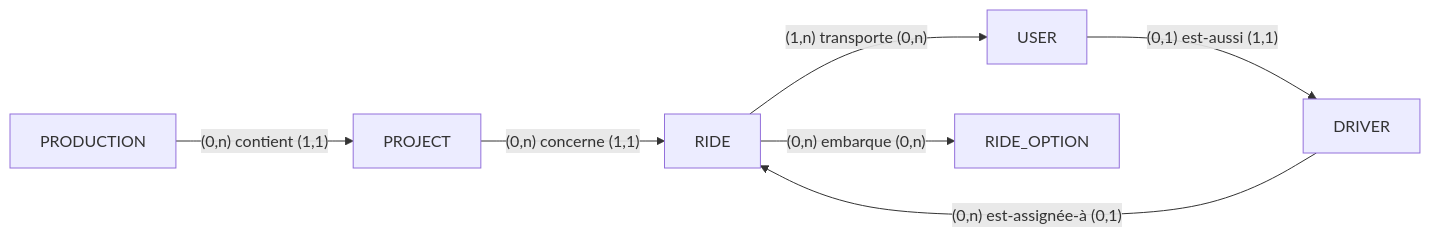
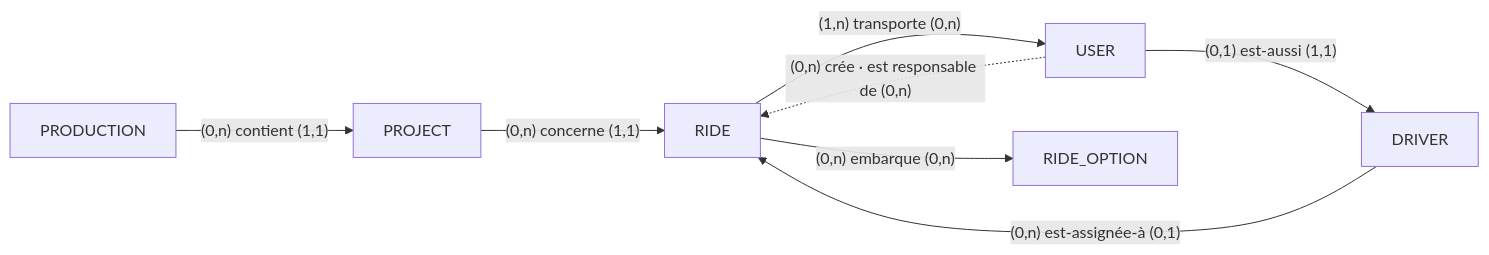
Before and after one commit to Mamoru-fr/AMT-Express: the fifth of 9 diagrams in documents/dossiers/dossierProjet/v1-complet/dossierProjetRNCP.md, drawn with Mermaid. The commit also changed other lines of this file, not shown here.

Commit message:
docs(rncp): lien User↔Ride (créateur/responsable via ride_managers) ajouté au diagramme de classes, MCD et MLD ; classes compactées à une demi-page ; labels relationnels accentués

````diff
--- a/documents/dossiers/dossierProjet/v1-complet/dossierProjetRNCP.md
+++ b/documents/dossiers/dossierProjet/v1-complet/dossierProjetRNCP.md
@@ -392,9 +379,10 @@
 ```mermaid
 flowchart LR
     PROD[PRODUCTION] -- "(0,n) contient (1,1)" --> PROJ[PROJECT]
     PROJ -- "(0,n) concerne (1,1)" --> RIDE
     USER -- "(0,1) est-aussi (1,1)" --> DRV[DRIVER]
     DRV -- "(0,n) est-assignée-à (0,1)" --> RIDE
     RIDE -- "(1,n) transporte (0,n)" --> USER
+    USER -. "(0,n) crée · est responsable de (0,n)" .-> RIDE
     RIDE -- "(0,n) embarque (0,n)" --> ROPT[RIDE_OPTION]
 ```
````
